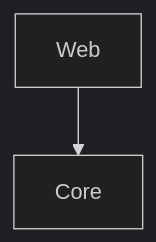
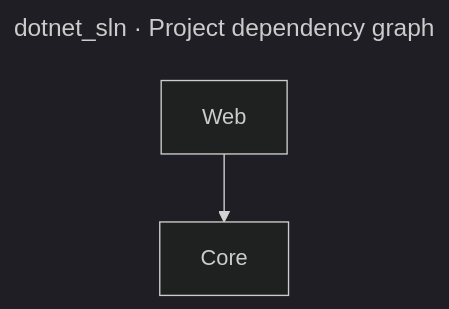
Before and after one commit to ythalorossy/architecture-skills: the third of 3 diagrams in tests/golden/dotnet_sln/output/ArchitectureReport.md, drawn with Mermaid (dark theme). The commit also changed other lines of this file and 34 other files, not shown here.

First line of the commit message:
feat(report): strengths from the model, split folders, titled dependency graph

````diff
--- a/tests/golden/dotnet_sln/output/ArchitectureReport.md
+++ b/tests/golden/dotnet_sln/output/ArchitectureReport.md
@@ -141,6 +145,9 @@
 ```mermaid
+---
+title: "dotnet_sln · Project dependency graph"
+---
 graph TD
     Core["Core"]
     Web["Web"]
     Web --> Core
 ```
````
